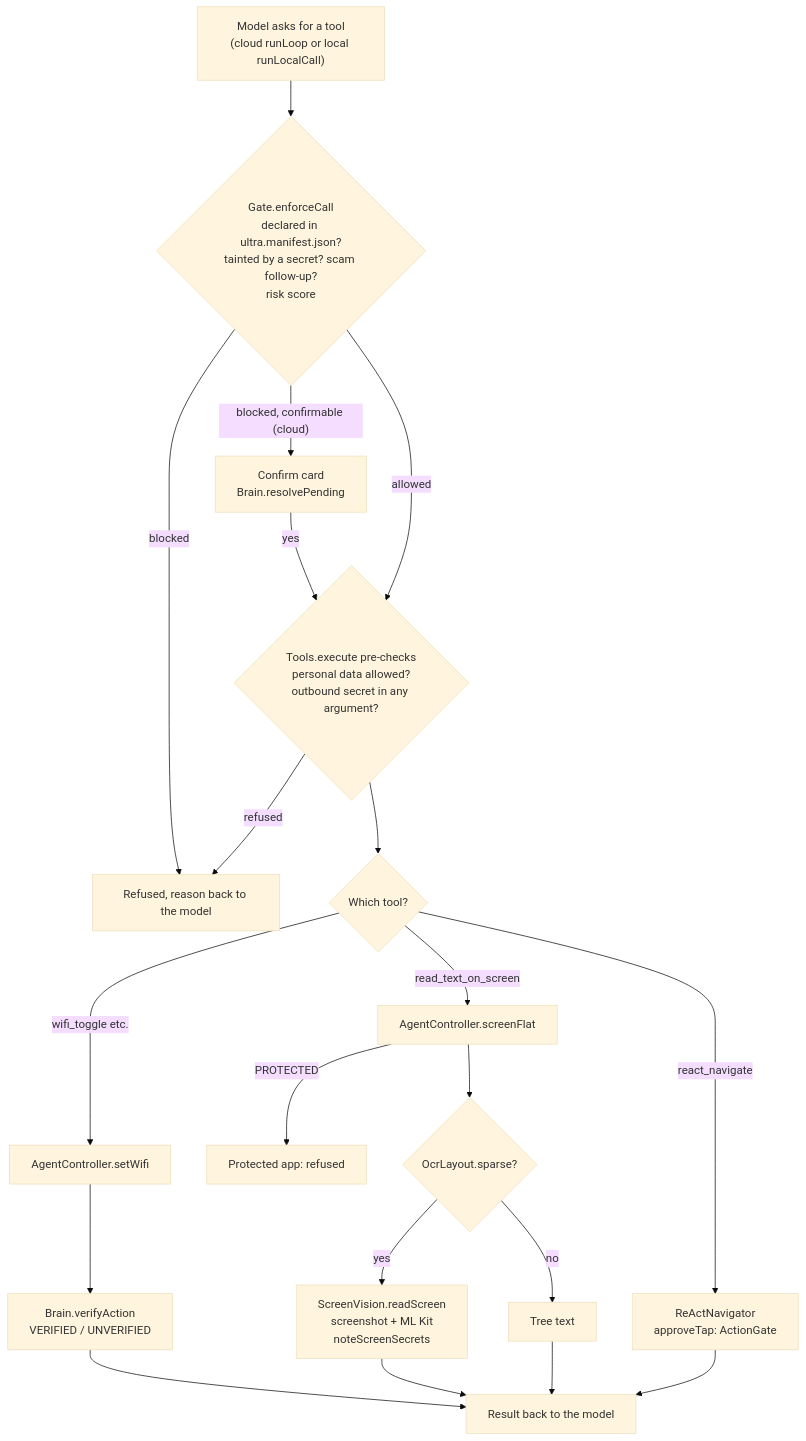
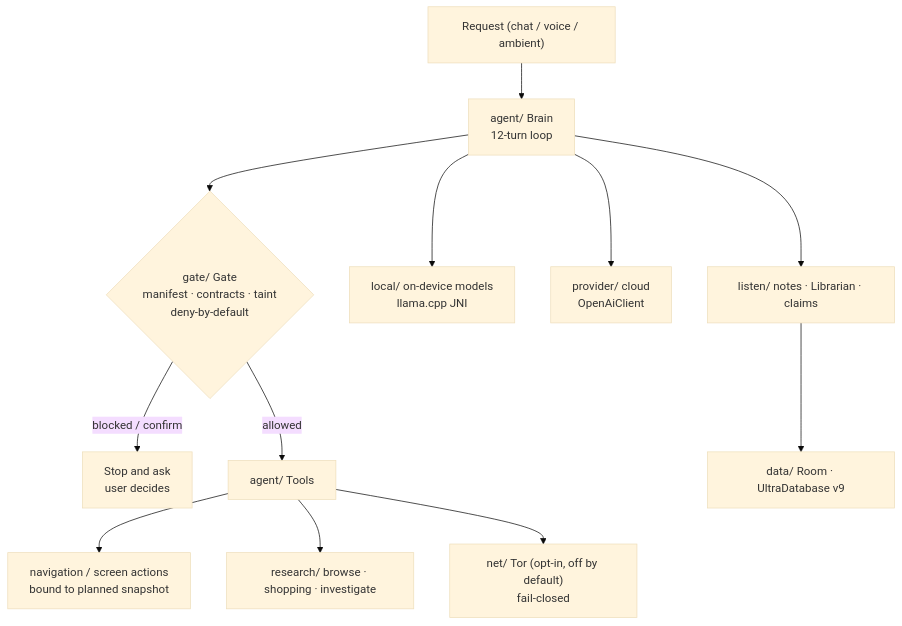
Before and after one commit to Arbloodhound/Jarvis: the second of 3 diagrams in ARCHITECTURE.md, drawn with Mermaid (base theme). The commit also changed other lines of this file, not shown here.

Commit message:
docs: post-merge replacement of ARCHITECTURE.md (2026-10-19)

````diff
--- a/ARCHITECTURE.md
+++ b/ARCHITECTURE.md
@@ -189,21 +53,14 @@
 ```mermaid
 flowchart TD
-  M["Model asks for a tool<br/>(cloud runLoop or local runLocalCall)"] --> G{"Gate.enforceCall<br/>declared in ultra.manifest.json?<br/>tainted by a secret? scam follow-up?<br/>risk score"}
-  G -- "blocked, confirmable (cloud)" --> C["Confirm card<br/>Brain.resolvePending"]
-  G -- "blocked" --> X["Refused, reason back to the model"]
-  C -- yes --> T
-  G -- allowed --> T{"Tools.execute pre-checks<br/>personal data allowed?<br/>outbound secret in any argument?"}
-  T -- refused --> X
-  T --> R{"Which tool?"}
-  R -- "wifi_toggle etc." --> S["AgentController.setWifi"] --> V["Brain.verifyAction<br/>VERIFIED / UNVERIFIED"]
-  R -- "read_text_on_screen" --> F["AgentController.screenFlat"]
-  F -- "PROTECTED" --> P["Protected app: refused"]
-  F --> O{"OcrLayout.sparse?"}
-  O -- yes --> SV["ScreenVision.readScreen<br/>screenshot + ML Kit<br/>noteScreenSecrets"]
-  O -- no --> RT["Tree text"]
-  R -- "react_navigate" --> N["ReActNavigator<br/>approveTap: ActionGate"]
-  V --> FB["Result back to the model"]
-  SV --> FB
-  RT --> FB
-  N --> FB
+  REQ["Request (chat / voice / ambient)"] --> BRAIN["agent/ Brain<br/>12-turn loop"]
+  BRAIN --> GATE{"gate/ Gate<br/>manifest · contracts · taint<br/>deny-by-default"}
+  GATE -- "blocked / confirm" --> ASK["Stop and ask<br/>user decides"]
+  GATE -- "allowed" --> TOOLS["agent/ Tools"]
+  TOOLS --> NAV["navigation / screen actions<br/>bound to planned snapshot"]
+  TOOLS --> RES["research/ browse · shopping · investigate"]
+  TOOLS --> NET["net/ Tor (opt-in, off by default)<br/>fail-closed"]
+  BRAIN --> LOCAL["local/ on-device models<br/>llama.cpp JNI"]
+  BRAIN --> PROV["provider/ cloud<br/>OpenAiClient"]
+  BRAIN --> LISTEN["listen/ notes · Librarian · claims"]
+  LISTEN --> DATA["data/ Room · UltraDatabase v9"]
 ```
````
